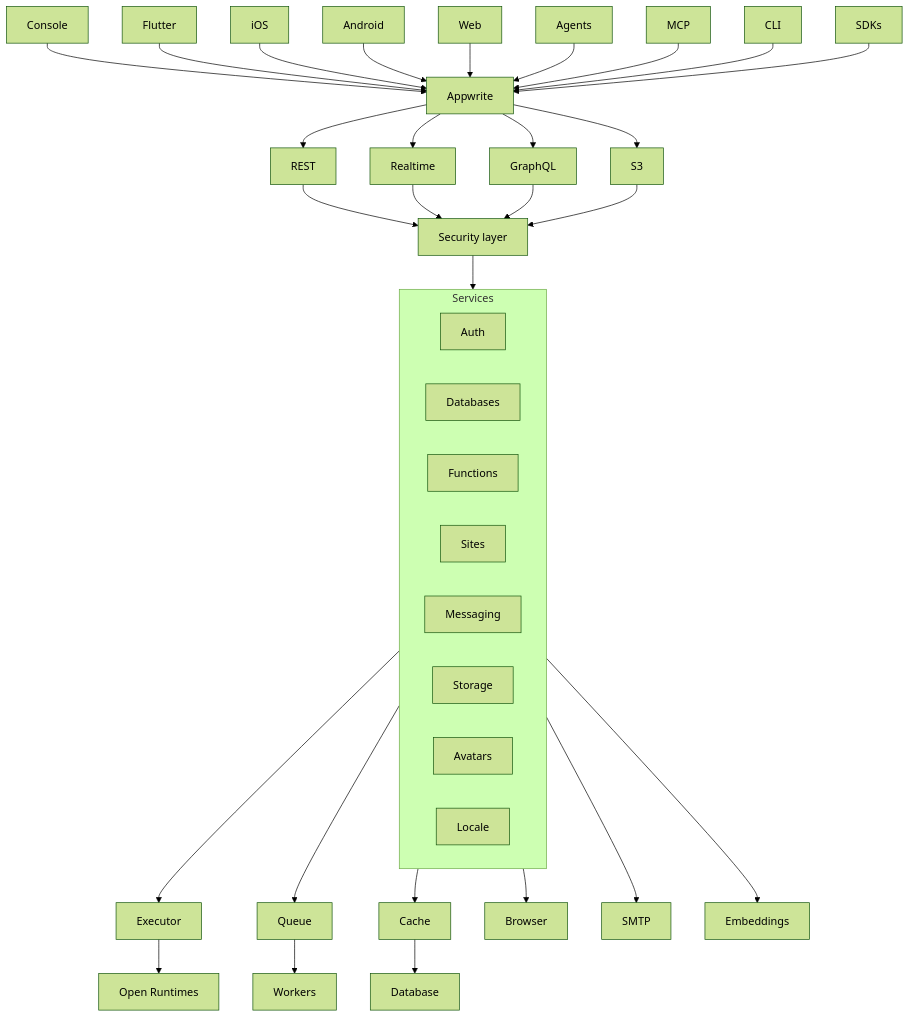
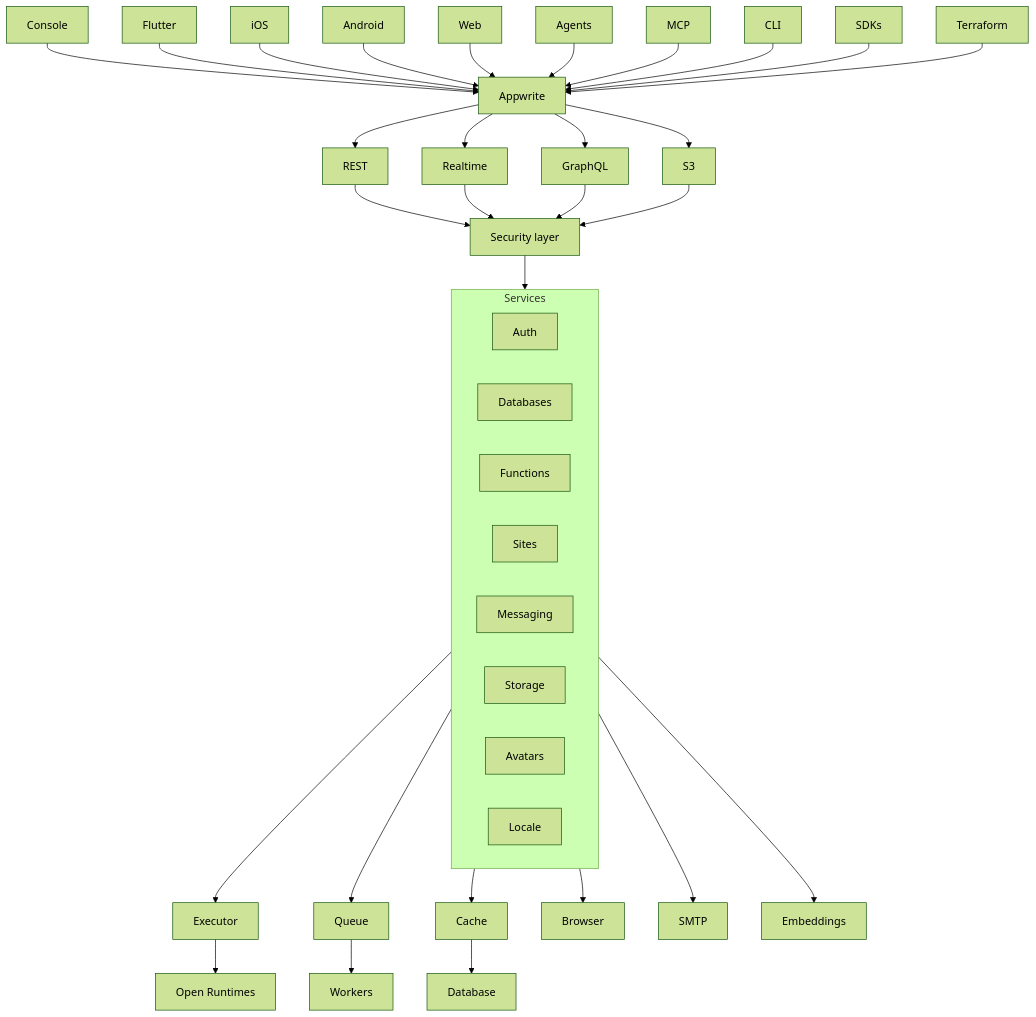
The diagram in README-CN.md (appwrite/appwrite), drawn with Mermaid (forest theme) before and after one commit. The commit also changed 1 other file, not shown here.

Commit message:
docs: add Terraform to the architecture client row

````diff
--- a/README-CN.md
+++ b/README-CN.md
@@ -215,21 +215,21 @@
 ```mermaid
 flowchart TB
-  Console & Flutter & iOS & Android & Web & Agents & MCP & CLI & SDKs --> Appwrite
+  Console & Flutter & iOS & Android & Web & Agents & MCP & CLI & SDKs & Terraform --> Appwrite
   Appwrite --> REST & Realtime & GraphQL & S3
   REST & Realtime & GraphQL & S3 --> securityLayer[Security layer]
   securityLayer --> services
   subgraph services [Services]
     Auth
     Databases
     Functions
     Sites
     Messaging
     Storage
     Avatars
     Locale
   end
   services --> Executor & Queue & Cache & Browser & SMTP & Embeddings
   Cache --> Database
   Queue --> Workers
   Executor --> openRuntimes[Open Runtimes]
 ```
````
